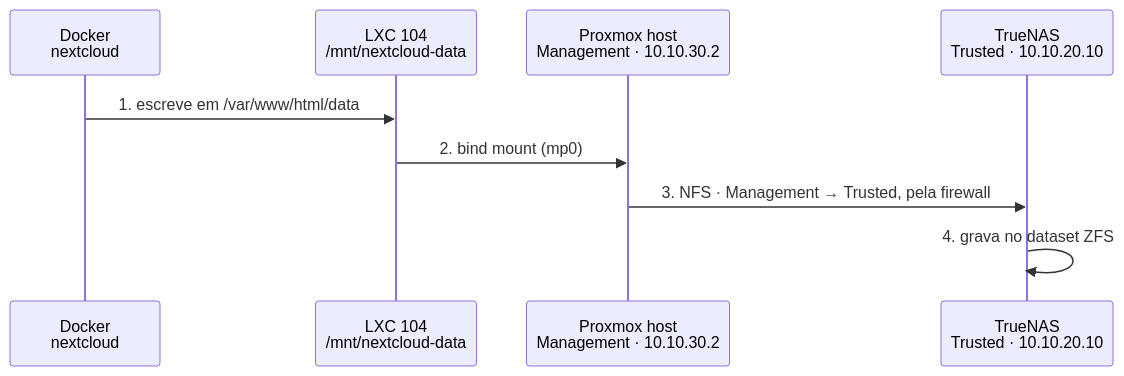
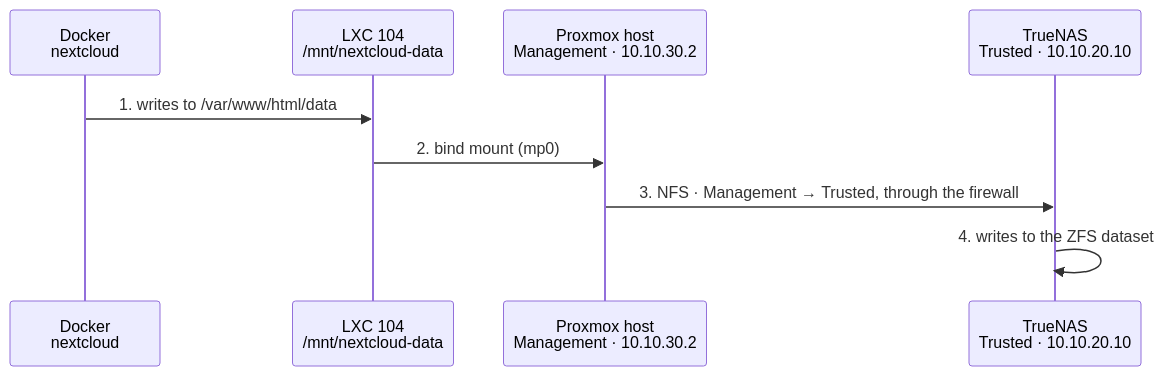
One commit to RuiGRMargarido/homelab changed the fourth of 5 diagrams in docs/NETWORK.md. Above: the diagram before and after it, drawn with Mermaid. The commit also changed other lines of this file and 1 other file, not shown here.

First line of the commit message:
Traduz NETWORK.md e o diagrama de topologia fisica

````diff
--- a/docs/NETWORK.md
+++ b/docs/NETWORK.md
@@ -311,12 +312,12 @@
 ```mermaid
 sequenceDiagram
     participant N as Docker<br/>nextcloud
     participant L as LXC 104<br/>/mnt/nextcloud-data
     participant H as Proxmox host<br/>Management · 10.10.30.2
     participant T as TrueNAS<br/>Trusted · 10.10.20.10
 
-    N->>L: 1. escreve em /var/www/html/data
+    N->>L: 1. writes to /var/www/html/data
     L->>H: 2. bind mount (mp0)
-    H->>T: 3. NFS · Management → Trusted, pela firewall
-    T->>T: 4. grava no dataset ZFS
+    H->>T: 3. NFS · Management → Trusted, through the firewall
+    T->>T: 4. writes to the ZFS dataset
 ```
````
